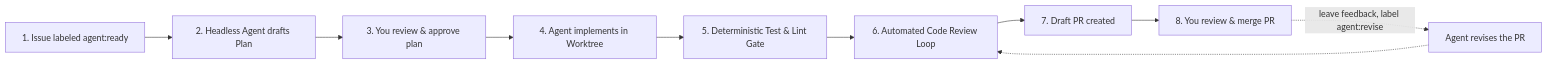
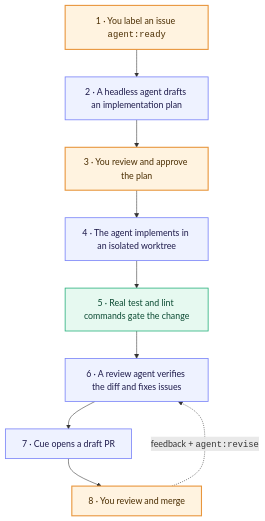
The diagram in docs/content/index.md (hamedniroomand/cue), drawn with Mermaid before and after one commit. The commit also changed other lines of this file and 2 other files, not shown here.

Commit message:
docs: render mermaid diagrams vertical and full size with scroll on overflow

````diff
--- a/docs/content/index.md
+++ b/docs/content/index.md
@@ -46,12 +46,18 @@
 ```mermaid
-flowchart LR
-  ready[1. Issue labeled agent:ready] --> triage[2. Headless Agent drafts Plan]
-  triage --> plan[3. You review & approve plan]
-  plan --> dev[4. Agent implements in Worktree]
-  dev --> gate[5. Deterministic Test & Lint Gate]
-  gate --> review[6. Automated Code Review Loop]
-  review --> pr[7. Draft PR created]
-  pr --> merge[8. You review & merge PR]
-  merge -.->|"leave feedback, label agent:revise"| revise[Agent revises the PR]
-  revise -.-> review
+flowchart TD
+  ready["1 · You label an issue <code>agent:ready</code>"]:::human
+  triage["2 · A headless agent drafts an implementation plan"]:::agent
+  approve["3 · You review and approve the plan"]:::human
+  dev["4 · The agent implements in an isolated worktree"]:::agent
+  gate["5 · Real test and lint commands gate the change"]:::gate
+  review["6 · A review agent verifies the diff and fixes issues"]:::agent
+  pr["7 · Cue opens a draft PR"]:::agent
+  merge["8 · You review and merge"]:::human
+
+  ready --> triage --> approve --> dev --> gate --> review --> pr --> merge
+  merge -.->|"feedback + <code>agent:revise</code>"| review
+
+  classDef human fill:#fff3e0,stroke:#e8963d,stroke-width:2px,color:#4a2d00
+  classDef agent fill:#eef2ff,stroke:#7c86f8,stroke-width:1.5px,color:#1e1b4b
+  classDef gate fill:#e6f9f0,stroke:#2fb380,stroke-width:1.5px,color:#0b4a32
 ```
````
